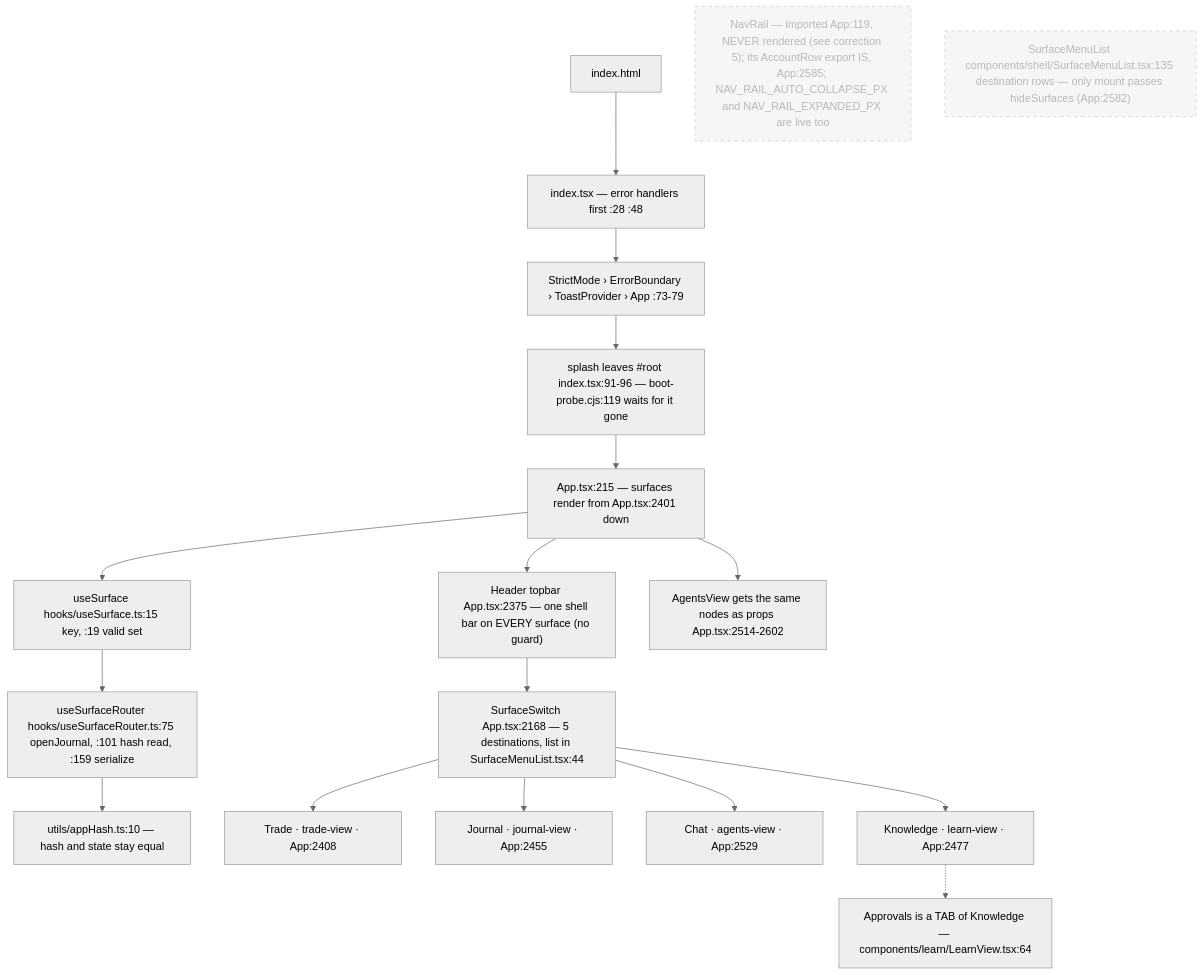
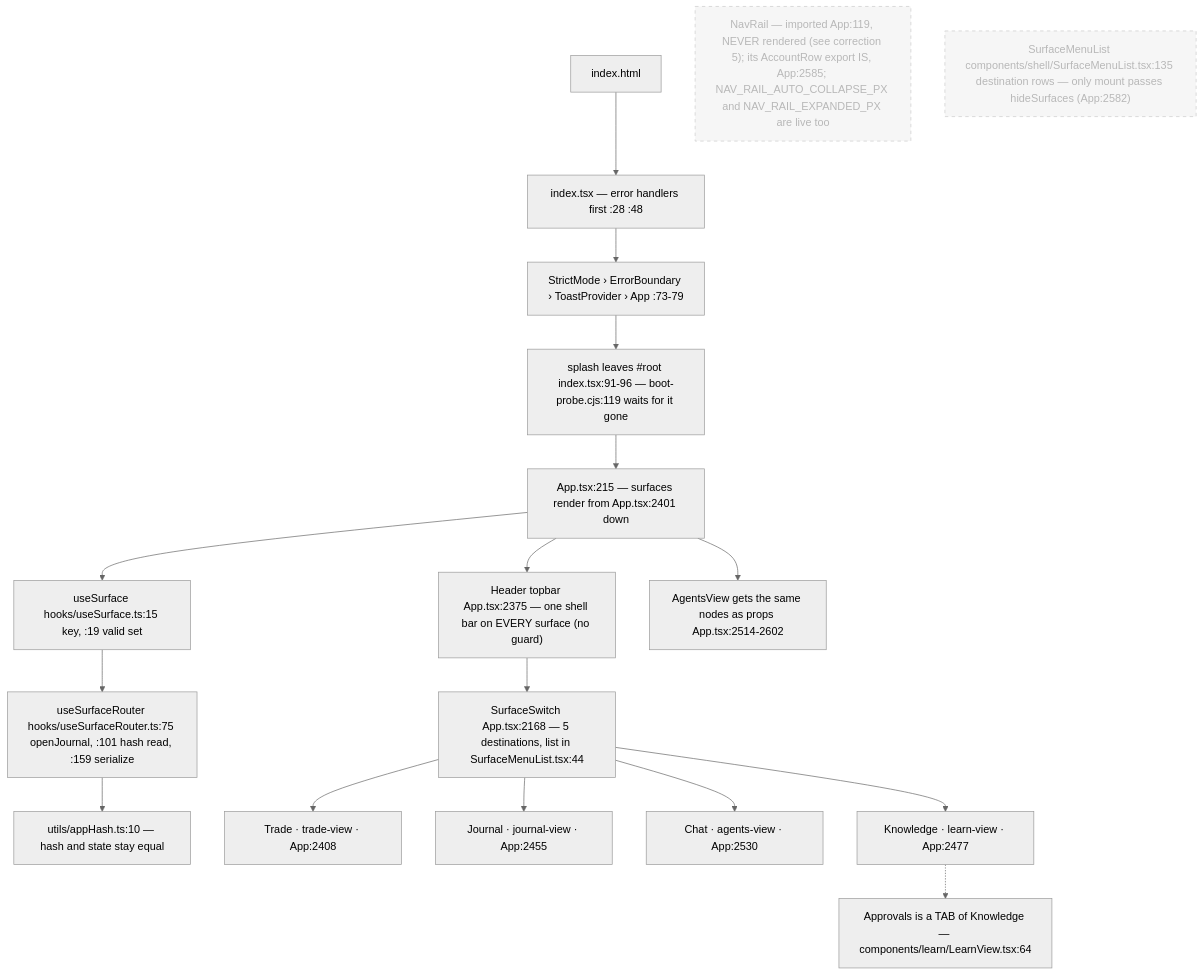
Before and after one commit to Acepay25/august-3.5: the first of 8 diagrams in docs/app-flow.md, drawn with Mermaid (neutral theme). The commit also changed other lines of this file and 2 other files, not shown here.

Commit message:
docs(flow): post-merge anchor restatement — 369 anchors, every citation re-located by grep

````diff
--- a/docs/app-flow.md
+++ b/docs/app-flow.md
@@ -49,21 +49,21 @@
 ```mermaid
 flowchart TD
     H["index.html"] --> I["index.tsx — error handlers first :28 :48"]
     I --> S["StrictMode › ErrorBoundary › ToastProvider › App :73-79"]
     S --> SP["splash leaves #root index.tsx:91-96 — boot-probe.cjs:119 waits for it gone"]
     SP --> APP["App.tsx:215 — surfaces render from App.tsx:2401 down"]
     APP --> US["useSurface hooks/useSurface.ts:15 key, :19 valid set"]
     US --> UR["useSurfaceRouter hooks/useSurfaceRouter.ts:75 openJournal, :101 hash read, :159 serialize"]
     UR --> HASH["utils/appHash.ts:10 — hash and state stay equal"]
     APP --> HD["Header topbar App.tsx:2375 — one shell bar on EVERY surface (no guard)"]
     HD --> SW["SurfaceSwitch App.tsx:2168 — 5 destinations, list in SurfaceMenuList.tsx:44"]
     APP --> AV["AgentsView gets the same nodes as props App.tsx:2514-2602"]
     SW --> T["Trade · trade-view · App:2408"]
     SW --> J["Journal · journal-view · App:2455"]
-    SW --> C["Chat · agents-view · App:2529"]
+    SW --> C["Chat · agents-view · App:2530"]
     SW --> K["Knowledge · learn-view · App:2477"]
     K -.-> AP["Approvals is a TAB of Knowledge — components/learn/LearnView.tsx:64"]
     NR["NavRail — imported App:119, NEVER rendered (see correction 5); its AccountRow export IS, App:2585; NAV_RAIL_AUTO_COLLAPSE_PX and NAV_RAIL_EXPANDED_PX are live too"]:::dead
     SM["SurfaceMenuList components/shell/SurfaceMenuList.tsx:135 destination rows — only mount passes hideSurfaces (App:2582)"]:::dead
     classDef dead stroke-dasharray: 5 5,opacity:.5
 ```
````
